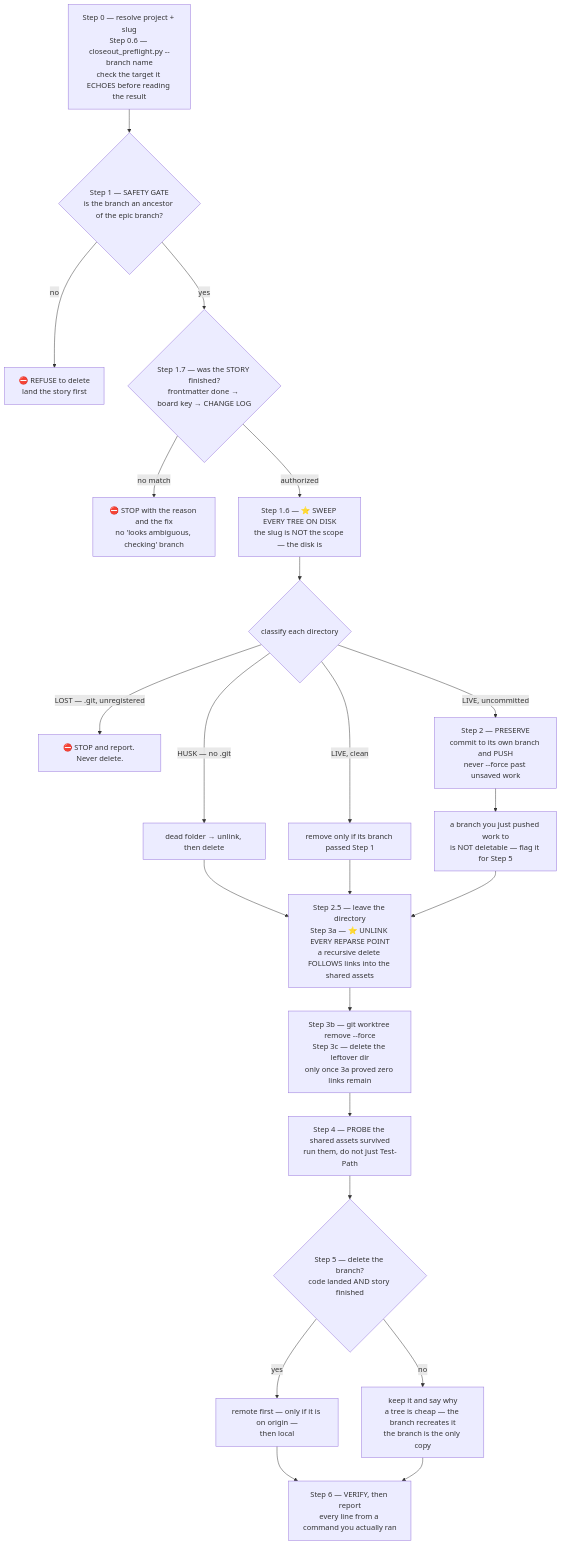
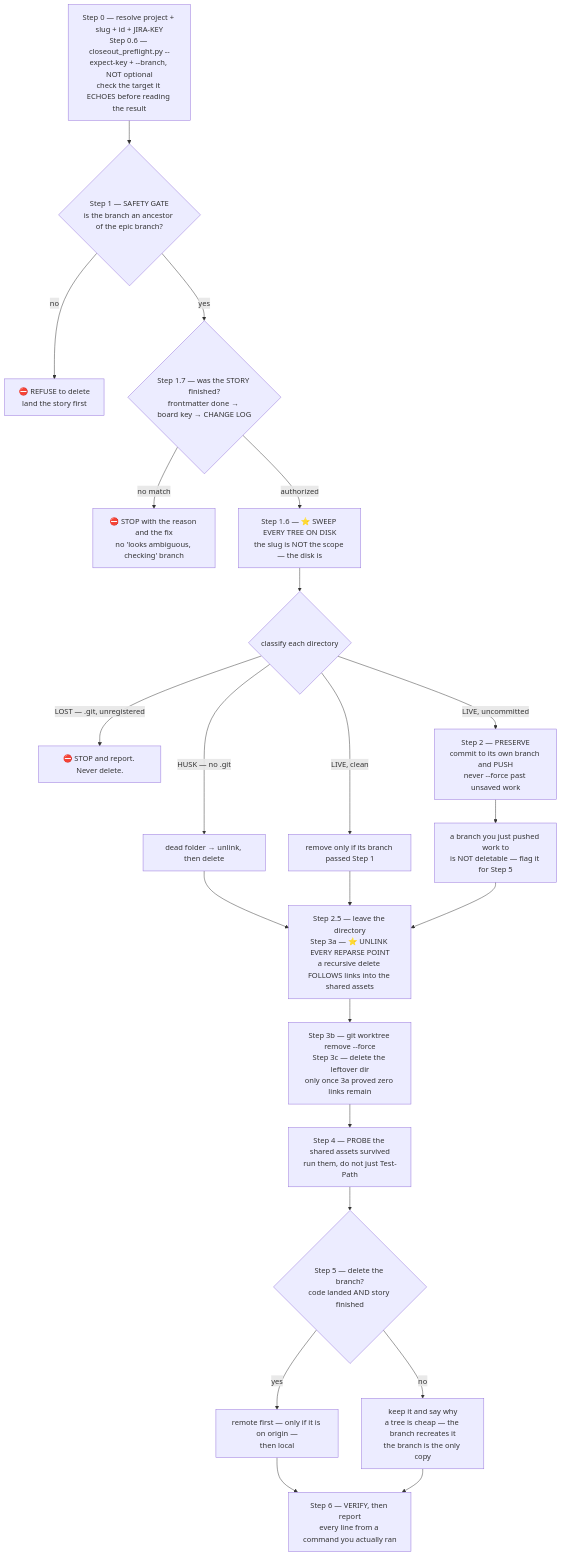
One commit to sudomadhatter/Sudo_Hatter_Command changed diagram 33 of 45 in docs/_scc_sops_prds/workflows_testing_SOP.md. Above: the diagram before and after it, drawn with Mermaid. The commit also changed other lines of this file and 10 other files, not shown here.

````diff
--- a/docs/_scc_sops_prds/workflows_testing_SOP.md
+++ b/docs/_scc_sops_prds/workflows_testing_SOP.md
@@ -3039,24 +3042,24 @@
 ```mermaid
 flowchart TD
-    S0["Step 0 — resolve project + slug\nStep 0.6 — closeout_preflight.py --branch name\ncheck the target it ECHOES before reading the result"] --> S1{"Step 1 — SAFETY GATE\nis the branch an ancestor of the epic branch?"}
+    S0["Step 0 — resolve project + slug + id + JIRA-KEY\nStep 0.6 — closeout_preflight.py --expect-key + --branch, NOT optional\ncheck the target it ECHOES before reading the result"] --> S1{"Step 1 — SAFETY GATE\nis the branch an ancestor of the epic branch?"}
     S1 -- "no" --> REFUSE["⛔ REFUSE to delete\nland the story first"]
     S1 -- "yes" --> S17{"Step 1.7 — was the STORY finished?\nfrontmatter done → board key → CHANGE LOG"}
     S17 -- "no match" --> STOP17["⛔ STOP with the reason and the fix\nno 'looks ambiguous, checking' branch"]
     S17 -- "authorized" --> S16["Step 1.6 — ⭐ SWEEP EVERY TREE ON DISK\nthe slug is NOT the scope — the disk is"]
     S16 --> CLASS{"classify each directory"}
     CLASS -- "HUSK — no .git" --> H["dead folder → unlink, then delete"]
     CLASS -- "LOST — .git, unregistered" --> L["⛔ STOP and report. Never delete."]
     CLASS -- "LIVE, clean" --> LC["remove only if its branch passed Step 1"]
     CLASS -- "LIVE, uncommitted" --> S2["Step 2 — PRESERVE\ncommit to its own branch and PUSH\nnever --force past unsaved work"]
     S2 --> FLAG["a branch you just pushed work to\nis NOT deletable — flag it for Step 5"]
     H --> S3
     LC --> S3
     FLAG --> S3["Step 2.5 — leave the directory\nStep 3a — ⭐ UNLINK EVERY REPARSE POINT\na recursive delete FOLLOWS links into the shared assets"]
     S3 --> S3B["Step 3b — git worktree remove --force\nStep 3c — delete the leftover dir\nonly once 3a proved zero links remain"]
     S3B --> S4["Step 4 — PROBE the shared assets survived\nrun them, do not just Test-Path"]
     S4 --> S5{"Step 5 — delete the branch?\ncode landed AND story finished"}
     S5 -- "no" --> KEEP["keep it and say why\na tree is cheap — the branch recreates it\nthe branch is the only copy"]
     S5 -- "yes" --> DEL["remote first — only if it is on origin —\nthen local"]
     DEL --> S6["Step 6 — VERIFY, then report\nevery line from a command you actually ran"]
     KEEP --> S6
 ```
````
